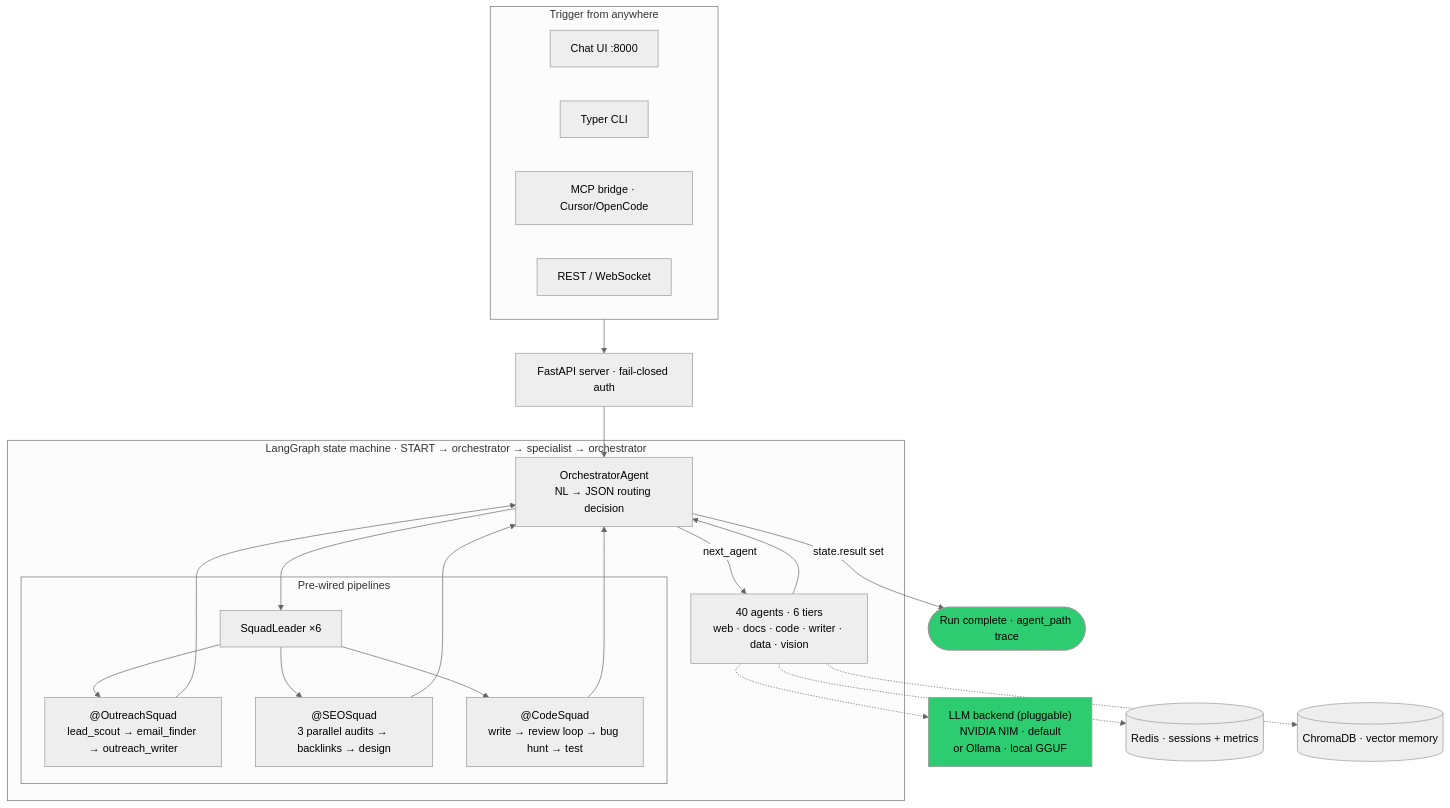
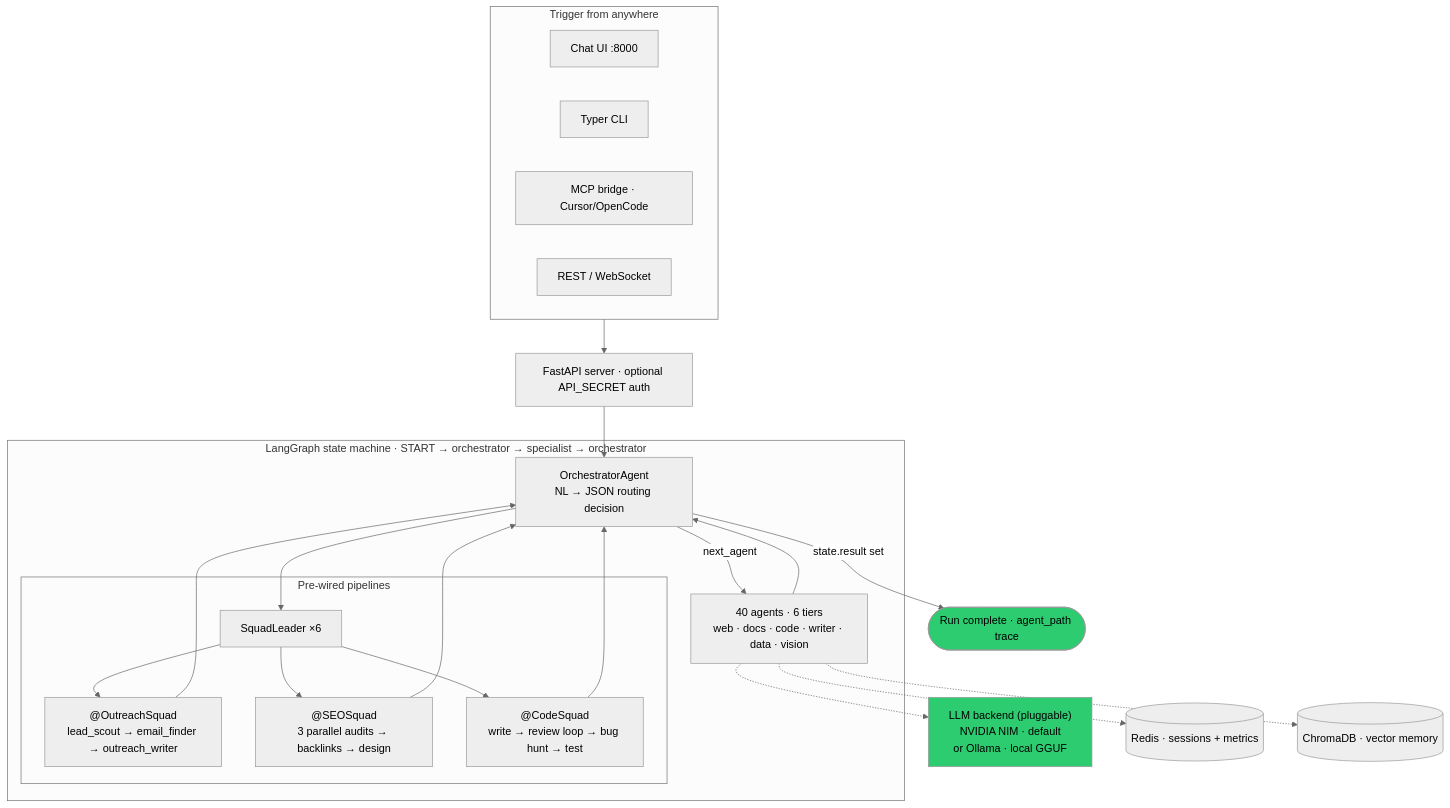
The diagram in README.md (sgm-audio/30-agents), drawn with Mermaid (neutral theme) before and after one commit. The commit also changed other lines of this file and 1 other file, not shown here.

````diff
--- a/README.md
+++ b/README.md
@@ -21,35 +14,35 @@
 ```mermaid
 flowchart TD
     subgraph Entry["Trigger from anywhere"]
         UI["Chat UI :8000"]
         CLI["Typer CLI"]
         MCP["MCP bridge · Cursor/OpenCode"]
         REST["REST / WebSocket"]
     end
 
-    Entry --> API["FastAPI server · fail-closed auth"]
+    Entry --> API["FastAPI server · optional API_SECRET auth"]
     API --> ORCH["OrchestratorAgent<br/>NL → JSON routing decision"]
 
     subgraph Graph["LangGraph state machine · START → orchestrator → specialist → orchestrator"]
         ORCH -->|"next_agent"| AGENTS["40 agents · 6 tiers<br/>web · docs · code · writer · data · vision"]
         AGENTS --> ORCH
         ORCH --> SQUAD["SquadLeader ×6"]
         subgraph Squads["Pre-wired pipelines"]
             SQUAD --> OUT["@OutreachSquad<br/>lead_scout → email_finder → outreach_writer"]
             SQUAD --> SEO["@SEOSquad<br/>3 parallel audits → backlinks → design"]
             SQUAD --> CODE["@CodeSquad<br/>write → review loop → bug hunt → test"]
         end
         OUT --> ORCH
         SEO --> ORCH
         CODE --> ORCH
     end
 
     ORCH -->|"state.result set"| DONE(["Run complete · agent_path trace"])
 
     AGENTS -.-> LLM["LLM backend (pluggable)<br/>NVIDIA NIM · default<br/>or Ollama · local GGUF"]
     AGENTS -.-> REDIS[("Redis · sessions + metrics")]
     AGENTS -.-> CHROMA[("ChromaDB · vector memory")]
 
     style LLM fill:#2ecc71,color:#000
     style DONE fill:#2ecc71,color:#000
 ```
````
